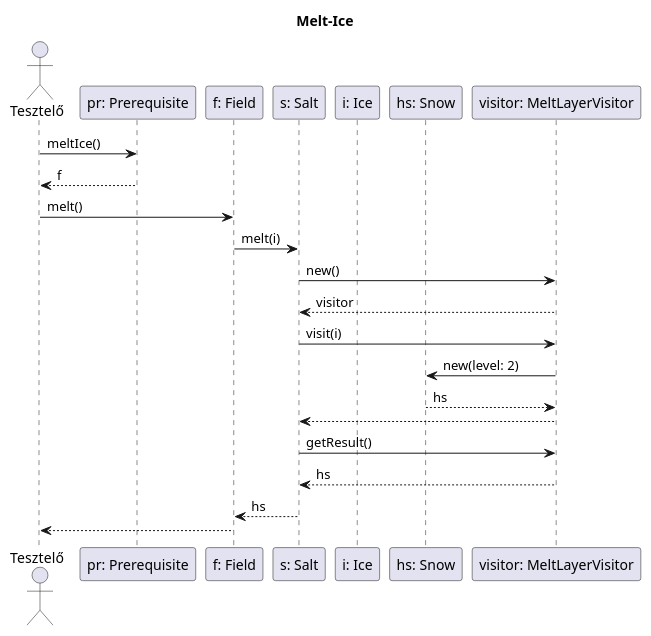
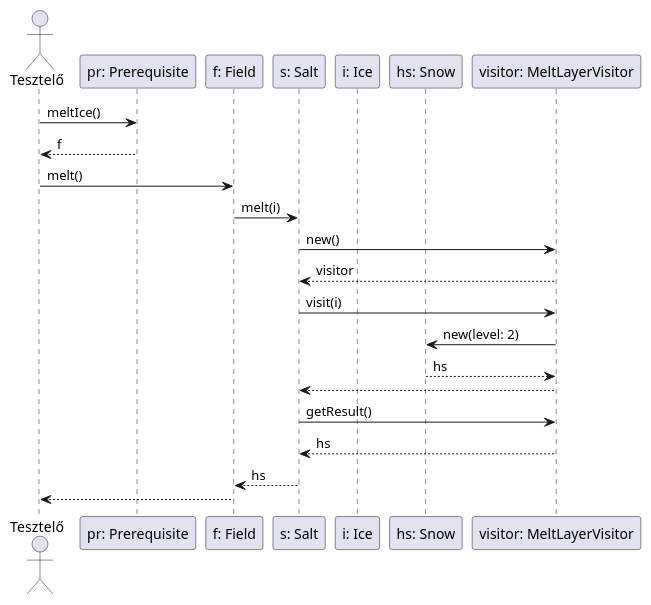
One commit to uhrinandor/spring changed the diagram in docs/skeleton/layermelt/meltice.plantuml. Above: the diagram before and after it, drawn with PlantUML. The commit also changed 8 other files, not shown here.

```diff
--- a/docs/skeleton/layermelt/meltice.plantuml
+++ b/docs/skeleton/layermelt/meltice.plantuml
@@ -1,30 +1,28 @@
 @startuml
-title Melt-Ice
-
 actor "Tesztelő" as tester
 participant "pr: Prerequisite" as preq
 participant "f: Field" as field
 participant "s: Salt" as salt
 participant "i: Ice" as layer
 participant "hs: Snow" as result
 participant "visitor: MeltLayerVisitor" as visitor
 
 tester -> preq: meltIce()
 preq --> tester: f
 
 tester -> field: melt()
 
 field -> salt: melt(i)
 
 salt -> visitor: new()
 visitor --> salt: visitor
 salt -> visitor: visit(i)
 visitor -> result: new(level: 2)
 result --> visitor: hs
 visitor --> salt:
 salt -> visitor: getResult()
 visitor --> salt: hs
 salt --> field: hs
 
 field --> tester:
 @enduml
```
